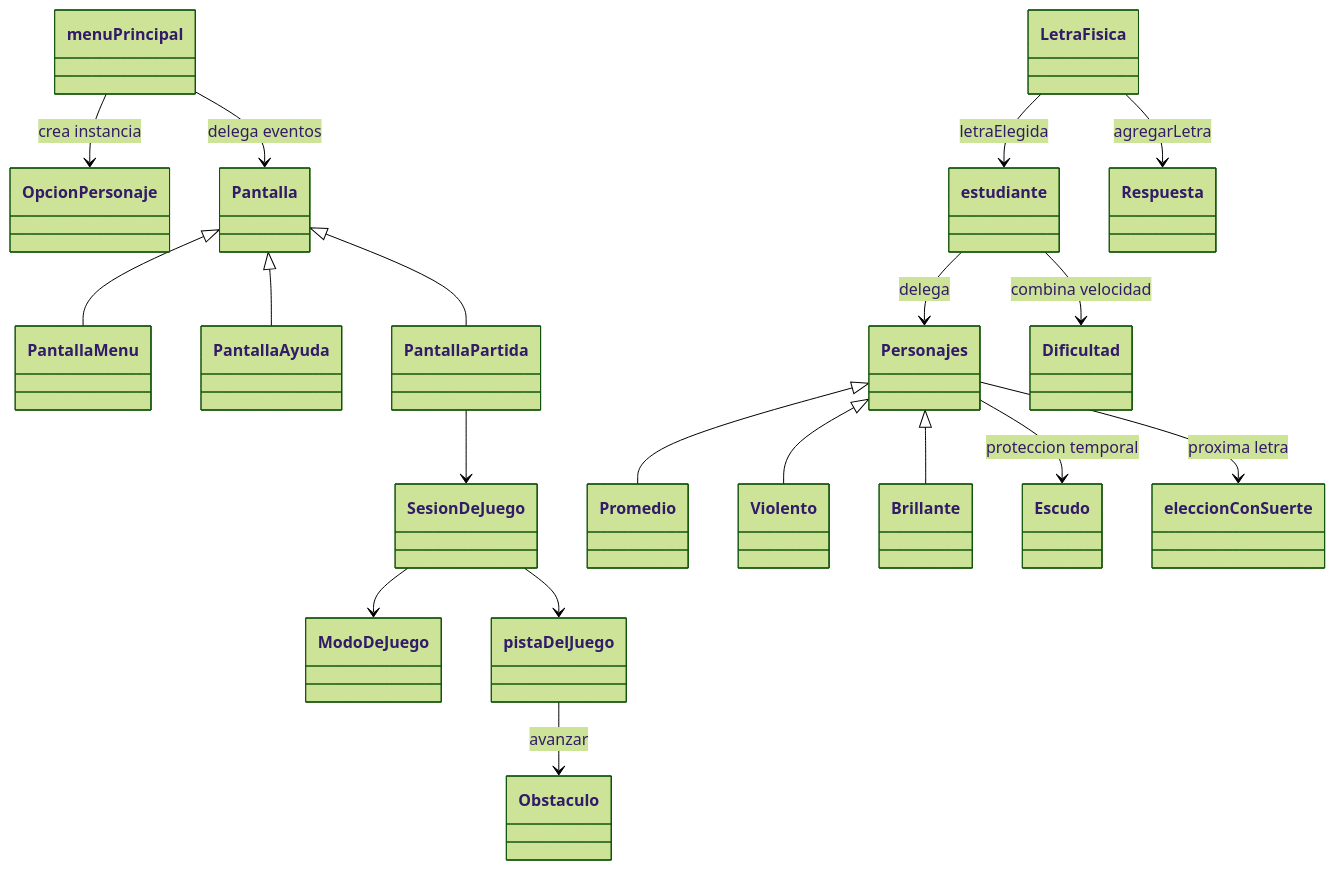
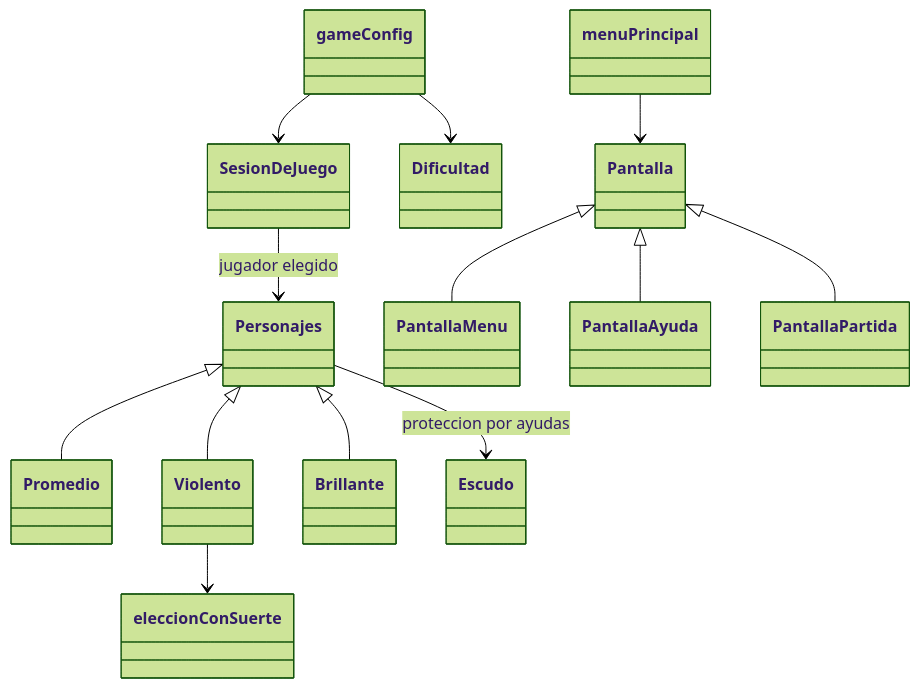
Before and after one commit to pdep-mit/tp-wg-2026-coraje-Snack_Overflow: the diagram in explicaciones.md, drawn with Mermaid (forest theme). The commit also changed other lines of this file and 17 other files, not shown here.

````diff
--- a/explicaciones.md
+++ b/explicaciones.md
@@ -49,21 +60,15 @@
 ```mermaid
 classDiagram
   Personajes <|-- Promedio
   Personajes <|-- Violento
   Personajes <|-- Brillante
-  estudiante --> Personajes : delega
-  estudiante --> Dificultad : combina velocidad
-  Personajes --> Escudo : proteccion temporal
-  Personajes --> eleccionConSuerte : proxima letra
-  menuPrincipal --> OpcionPersonaje : crea instancia
-  menuPrincipal --> Pantalla : delega eventos
+  Personajes --> Escudo : proteccion por ayudas
+  Violento --> eleccionConSuerte
+  SesionDeJuego --> Personajes : jugador elegido
+  gameConfig --> SesionDeJuego
+  gameConfig --> Dificultad
+  menuPrincipal --> Pantalla
   Pantalla <|-- PantallaMenu
   Pantalla <|-- PantallaAyuda
   Pantalla <|-- PantallaPartida
-  PantallaPartida --> SesionDeJuego
-  SesionDeJuego --> ModoDeJuego
-  SesionDeJuego --> pistaDelJuego
-  pistaDelJuego --> Obstaculo : avanzar
-  LetraFisica --> estudiante : letraElegida
-  LetraFisica --> Respuesta : agregarLetra
 ```
````
